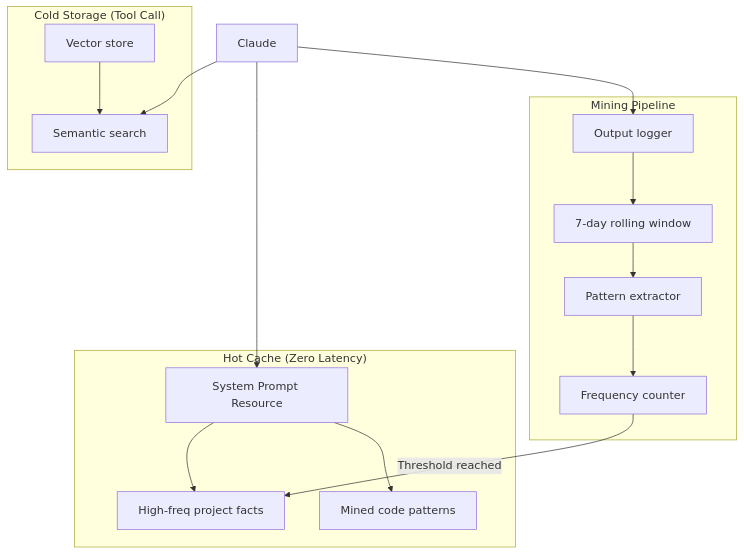
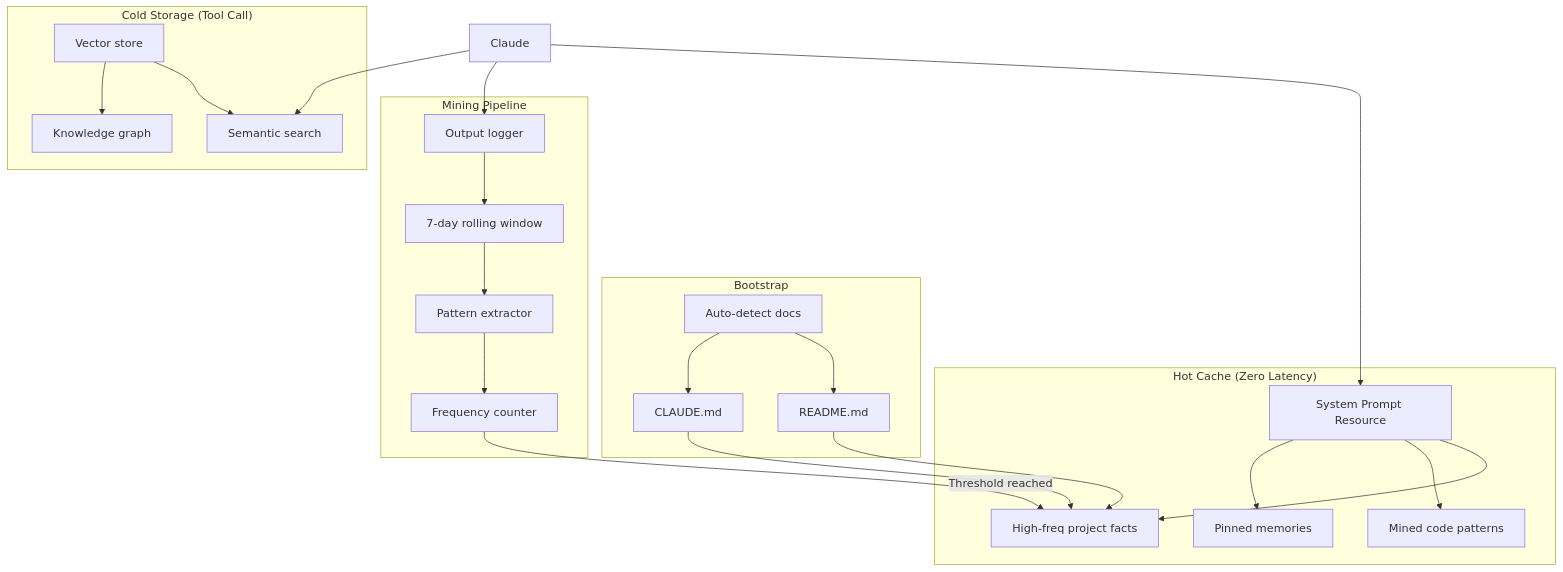
One commit to michael-denyer/memory-mcp changed the diagram in README.md. Above: the diagram before and after it, drawn with Mermaid. The commit also changed other lines of this file, not shown here.

````diff
--- a/README.md
+++ b/README.md
@@ -47,22 +47,31 @@
 ```mermaid
 graph TD
     subgraph "Hot Cache (Zero Latency)"
         H[System Prompt Resource] --> A[High-freq project facts]
         H --> B[Mined code patterns]
+        H --> P[Pinned memories]
     end
 
     subgraph "Cold Storage (Tool Call)"
         C[Vector store] --> D[Semantic search]
+        C --> K[Knowledge graph]
+    end
+
+    subgraph "Bootstrap"
+        BOOT[Auto-detect docs] --> README[README.md]
+        BOOT --> CLAUDE[CLAUDE.md]
+        README --> A
+        CLAUDE --> A
     end
 
     subgraph "Mining Pipeline"
         F[Output logger] --> G[7-day rolling window]
         G --> I[Pattern extractor]
         I --> J[Frequency counter]
         J -->|Threshold reached| A
     end
 
     Claude --> H
     Claude --> D
     Claude --> F
 ```
````
